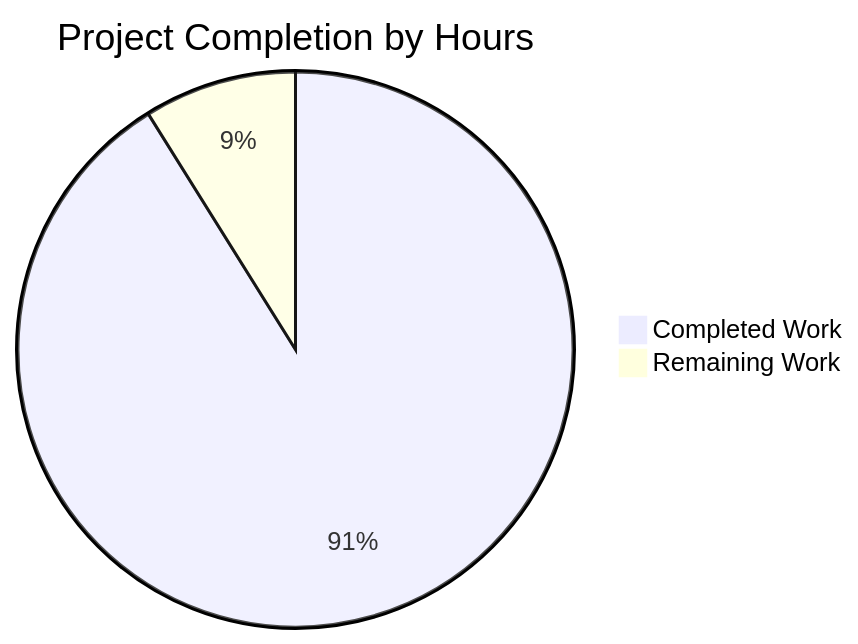
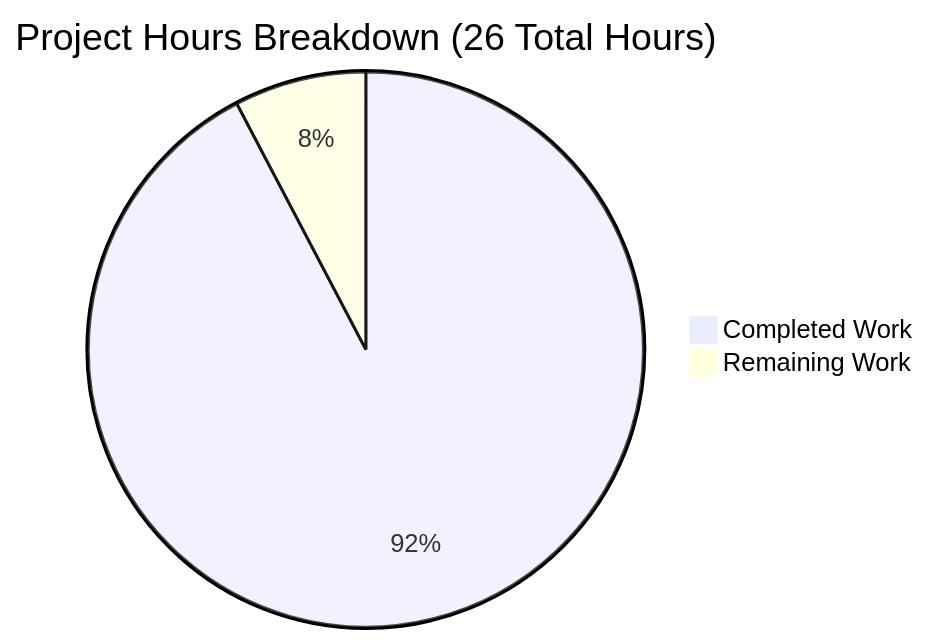
Before and after one commit to lakshya-blitzy/hello_world_lakshya_github: the first of 2 diagrams in blitzy/documentation/Project Guide.md, drawn with Mermaid. The commit also changed other lines of this file, not shown here.

Commit message:
Adding Blitzy Project Guide: Project Status and Human Tasks Remaining

````diff
--- a/blitzy/documentation/Project Guide.md
+++ b/blitzy/documentation/Project Guide.md
@@ -43,5 +71,5 @@
 ```mermaid
-pie title Project Completion by Hours
-    "Completed Work" : 41
-    "Remaining Work" : 4
+pie title Project Hours Breakdown (26 Total Hours)
+    "Completed Work" : 24
+    "Remaining Work" : 2
 ```
````
